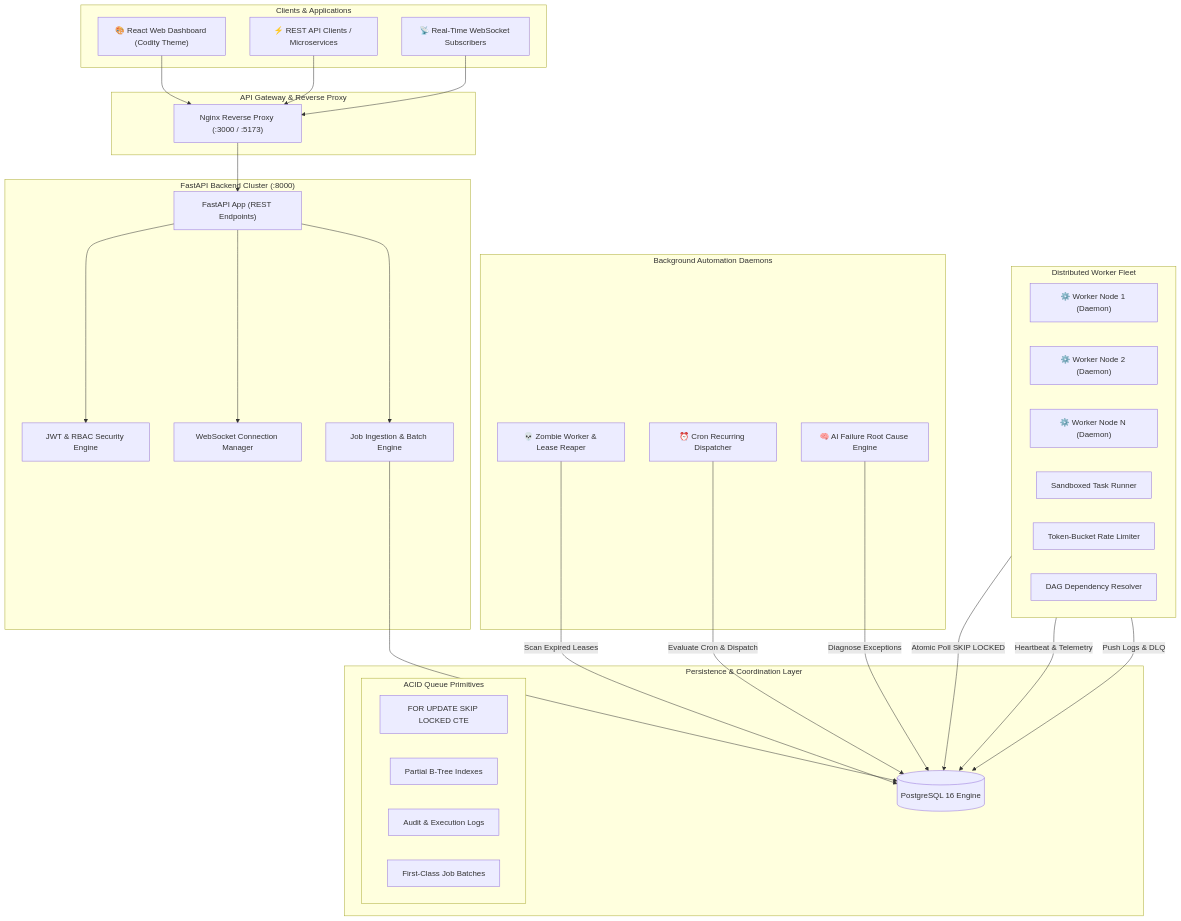
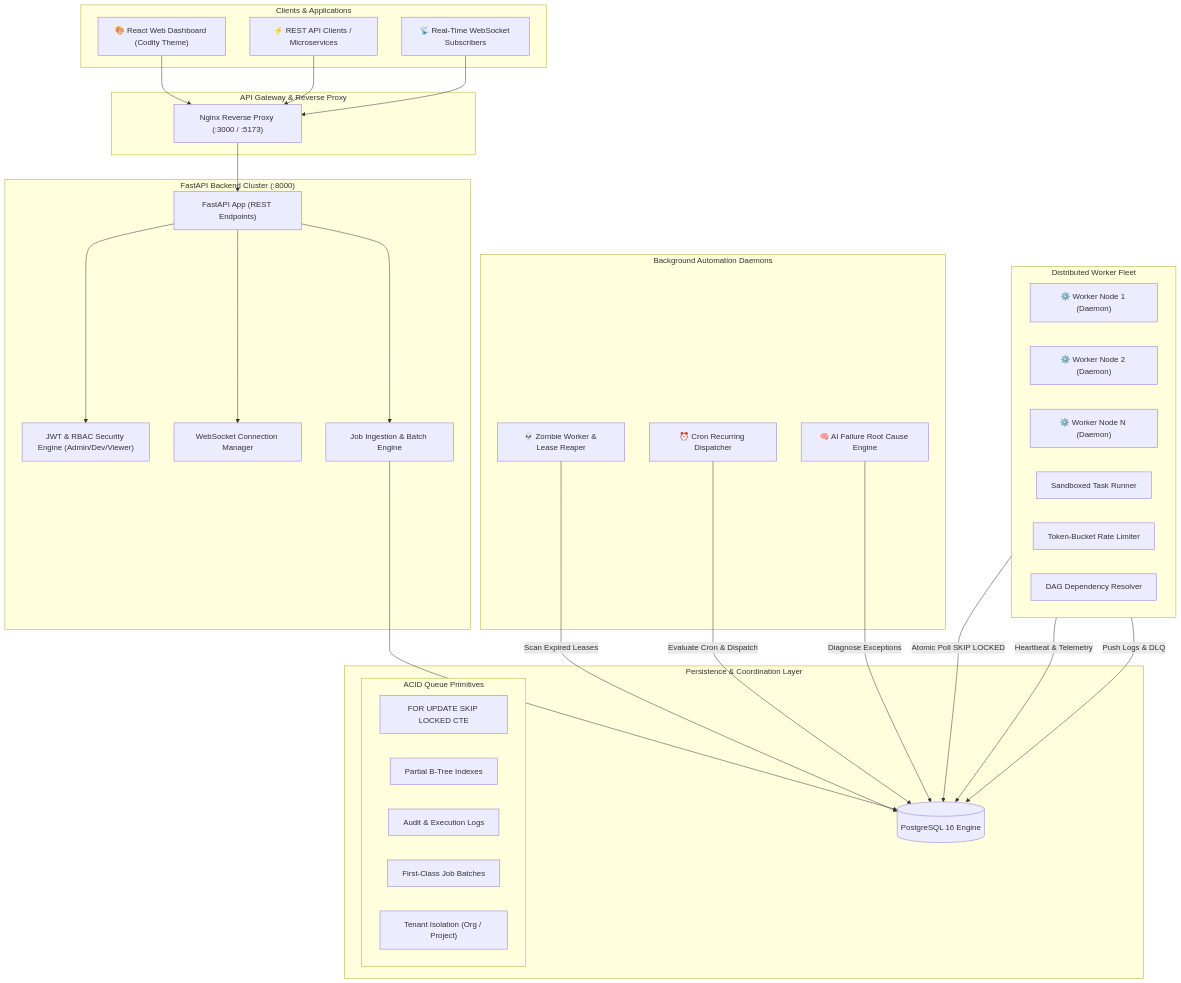
Before and after one commit to rohitmore2020/Job_schedular: the diagram in README.md, drawn with Mermaid. The commit also changed other lines of this file and 12 other files, not shown here.

Commit message:
Implement hierarchical 3-tier RBAC (Admin, Member, Viewer) with strict cross-tenant UUID isolation barrier

````diff
--- a/README.md
+++ b/README.md
@@ -35,62 +35,63 @@
 ```mermaid
 flowchart TB
     subgraph Clients["Clients & Applications"]
         Browser["🎨 React Web Dashboard (Codity Theme)"]
         HTTPClient["⚡ REST API Clients / Microservices"]
         WSClient["📡 Real-Time WebSocket Subscribers"]
     end
 
     subgraph Gateway["API Gateway & Reverse Proxy"]
         Nginx["Nginx Reverse Proxy (:3000 / :5173)"]
     end
 
     subgraph BackendCluster["FastAPI Backend Cluster (:8000)"]
         API["FastAPI App (REST Endpoints)"]
-        AuthModule["JWT & RBAC Security Engine"]
+        AuthModule["JWT & RBAC Security Engine (Admin/Dev/Viewer)"]
         WSManager["WebSocket Connection Manager"]
         JobIngest["Job Ingestion & Batch Engine"]
     end
 
     subgraph Storage["Persistence & Coordination Layer"]
         Postgres[(PostgreSQL 16 Engine)]
         subgraph PGFeatures["ACID Queue Primitives"]
             SkipLocked["FOR UPDATE SKIP LOCKED CTE"]
             PartialIdx["Partial B-Tree Indexes"]
             AuditLogs["Audit & Execution Logs"]
             Batches["First-Class Job Batches"]
+            MultiTenancy["Tenant Isolation (Org / Project)"]
         end
     end
 
     subgraph WorkerFleet["Distributed Worker Fleet"]
         Worker1["⚙️ Worker Node 1 (Daemon)"]
         Worker2["⚙️ Worker Node 2 (Daemon)"]
         WorkerN["⚙️ Worker Node N (Daemon)"]
         Runner["Sandboxed Task Runner"]
         RateLimiter["Token-Bucket Rate Limiter"]
         DAGEngine["DAG Dependency Resolver"]
     end
 
     subgraph SchedulerDaemons["Background Automation Daemons"]
         Reaper["💀 Zombie Worker & Lease Reaper"]
         CronDispatcher["⏰ Cron Recurring Dispatcher"]
         AIDiagnostics["🧠 AI Failure Root Cause Engine"]
     end
 
     Browser --> Nginx
     HTTPClient --> Nginx
     WSClient --> Nginx
     Nginx --> API
 
     API --> AuthModule
     API --> WSManager
     API --> JobIngest
     JobIngest --> Postgres
 
     WorkerFleet -->|Atomic Poll SKIP LOCKED| Postgres
     WorkerFleet -->|Heartbeat & Telemetry| Postgres
     WorkerFleet -->|Push Logs & DLQ| Postgres
 
     Reaper -->|Scan Expired Leases| Postgres
     CronDispatcher -->|Evaluate Cron & Dispatch| Postgres
     AIDiagnostics -->|Diagnose Exceptions| Postgres
 ```
````
